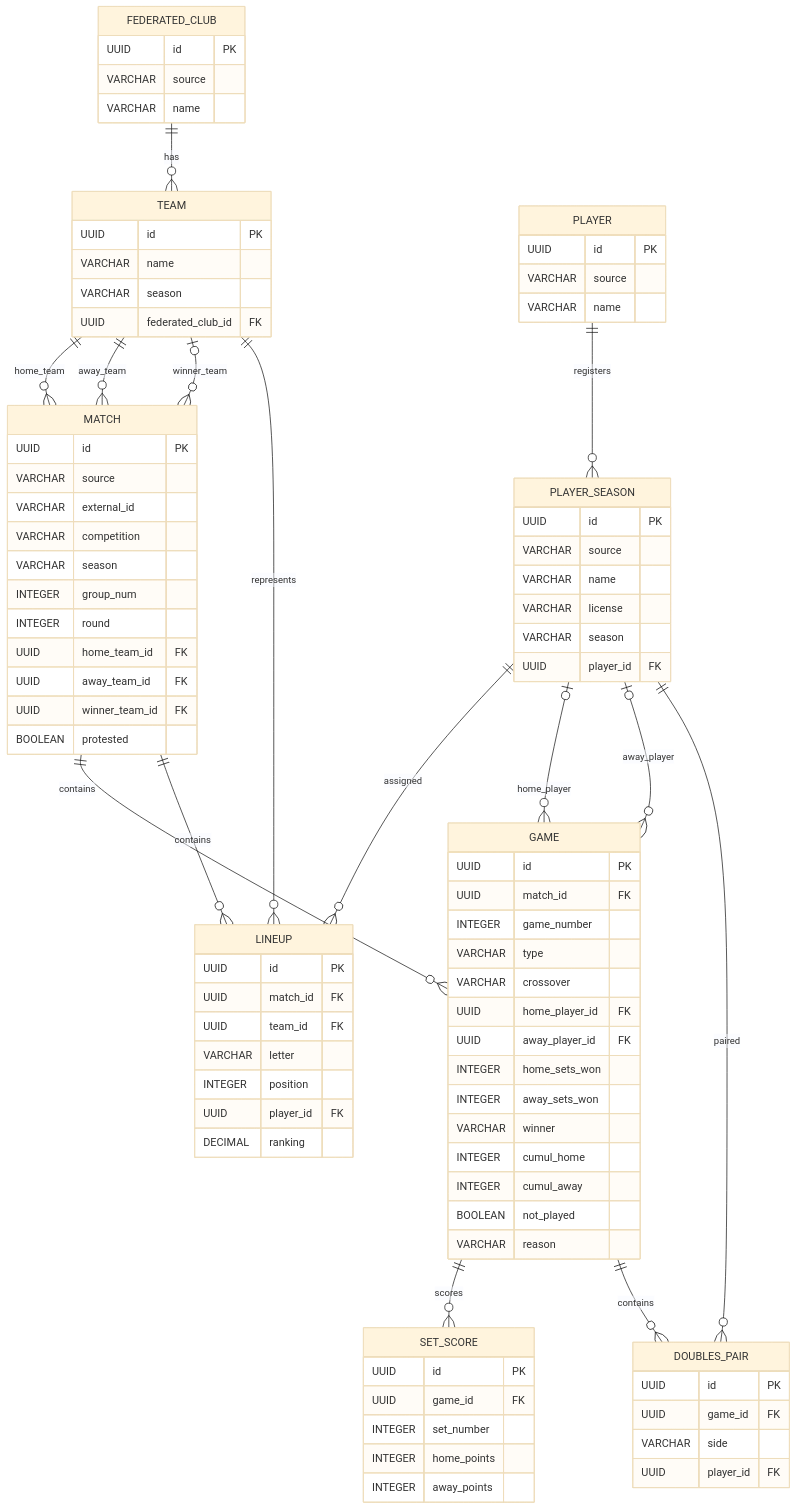
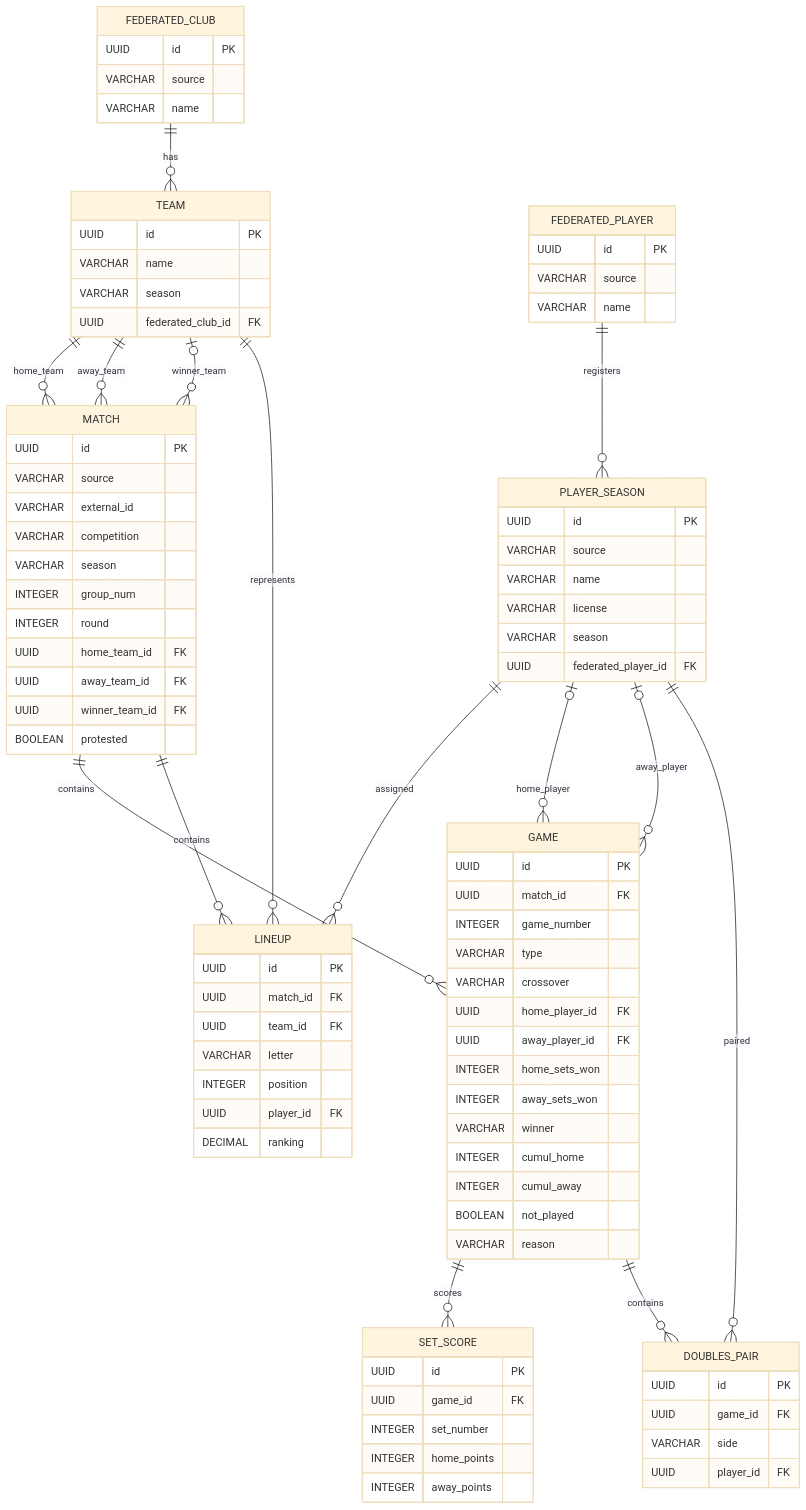
The diagram in tt-data-league-core-repository-jpa/docs/rfetm-datamodel.md (albertsanso/tt-league-services), drawn with Mermaid (base theme) before and after one commit. The commit also changed other lines of this file and 69 other files, not shown here.

```diff
--- a/tt-data-league-core-repository-jpa/docs/rfetm-datamodel.md
+++ b/tt-data-league-core-repository-jpa/docs/rfetm-datamodel.md
@@ -329,7 +335,7 @@
     TEAM ||--o{ MATCH : away_team
     TEAM o|--o{ MATCH : winner_team
     TEAM ||--o{ LINEUP : represents
-    PLAYER ||--o{ PLAYER_SEASON : registers
+    FEDERATED_PLAYER ||--o{ PLAYER_SEASON : registers
     PLAYER_SEASON ||--o{ LINEUP : assigned
     PLAYER_SEASON o|--o{ GAME : home_player
     PLAYER_SEASON o|--o{ GAME : away_player
@@ -350,7 +356,7 @@
         VARCHAR season
         UUID federated_club_id FK
     }
-    PLAYER {
+    FEDERATED_PLAYER {
         UUID id PK
         VARCHAR source
         VARCHAR name
@@ -361,7 +367,7 @@
         VARCHAR name
         VARCHAR license
         VARCHAR season
-        UUID player_id FK
+        UUID federated_player_id FK
     }
     MATCH {
         UUID id PK
```
